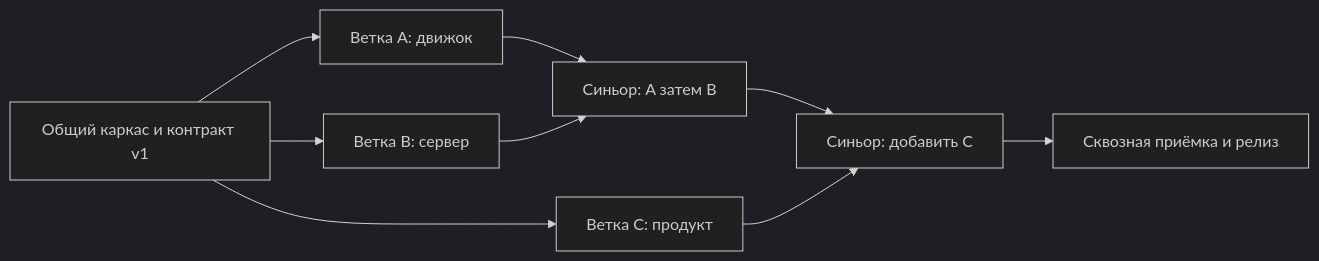
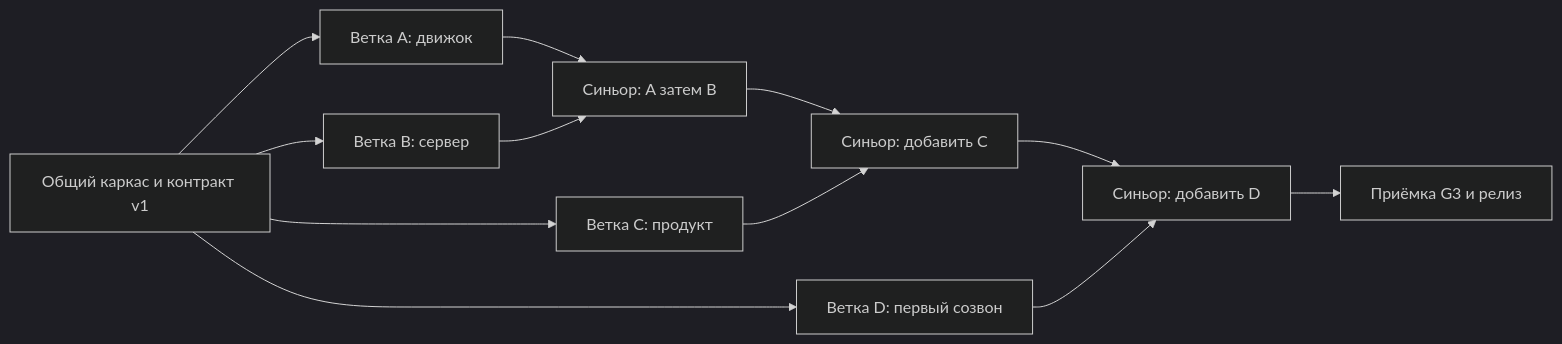
Before and after one commit to Kirirto-kun/project_temp: the diagram in docs/superpowers/plans/2026-11-15-02-platform.md, drawn with Mermaid (dark theme). The commit also changed other lines of this file and 5 other files, not shown here.

````diff
--- a/docs/superpowers/plans/2026-11-15-02-platform.md
+++ b/docs/superpowers/plans/2026-11-15-02-platform.md
@@ -191,11 +209,14 @@
 ```mermaid
 flowchart LR
     BASE[Общий каркас и контракт v1] --> A[Ветка A: движок]
     BASE --> B[Ветка B: сервер]
     BASE --> C[Ветка C: продукт]
+    BASE --> D[Ветка D: первый созвон]
     A --> AB[Синьор: A затем B]
     B --> AB
     AB --> ABC[Синьор: добавить C]
     C --> ABC
-    ABC --> CHECK[Сквозная приёмка и релиз]
+    ABC --> ABCD[Синьор: добавить D]
+    D --> ABCD
+    ABCD --> CHECK[Приёмка G3 и релиз]
 ```
````
